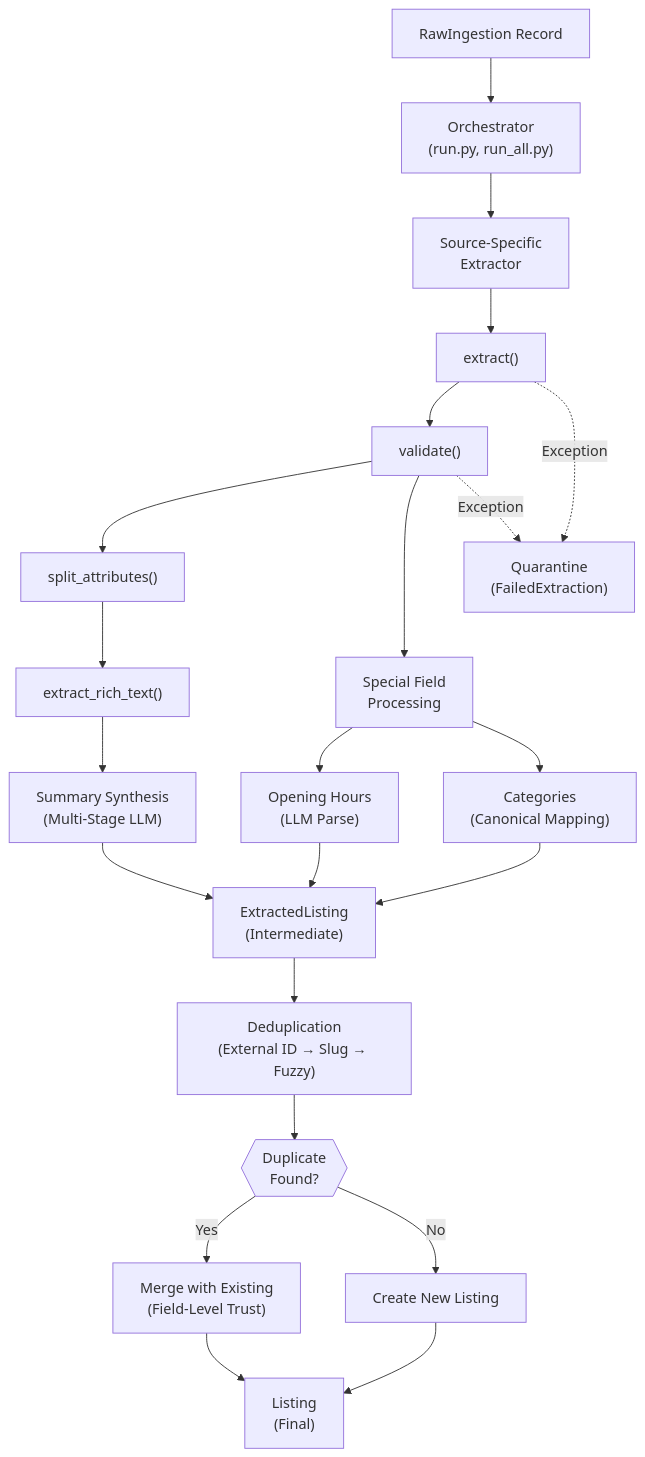
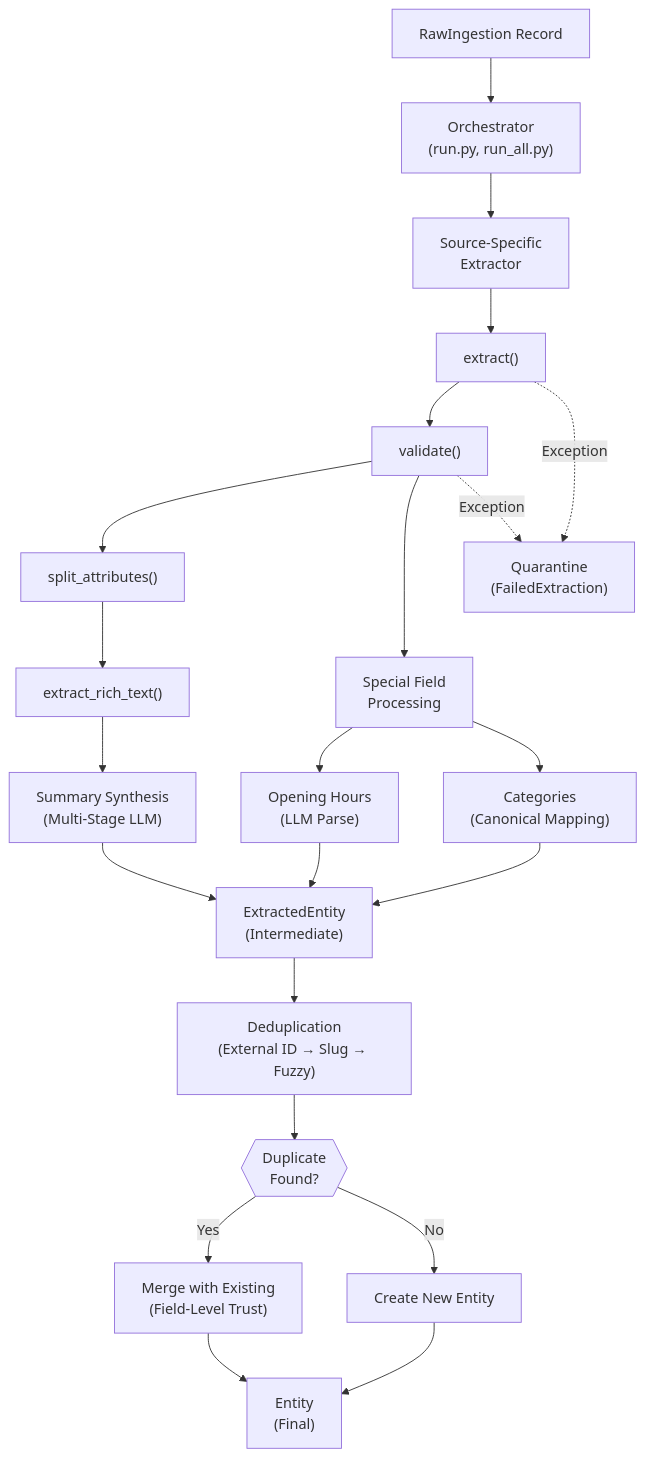
One commit to LarjGit/edinburgh-finds changed the second of 4 diagrams in ARCHITECTURE.md. Above: the diagram before and after it, drawn with Mermaid. The commit also changed other lines of this file and 1 other file, not shown here.

````diff
--- a/ARCHITECTURE.md
+++ b/ARCHITECTURE.md
@@ -549,59 +552,59 @@
 ```mermaid
 graph TD
     RawData["RawIngestion Record"]
 
     Dispatch["Orchestrator<br/>(run.py, run_all.py)"]
 
     Extractor["Source-Specific<br/>Extractor"]
     Extract["extract()"]
     Validate["validate()"]
     Split["split_attributes()"]
     RichText["extract_rich_text()"]
 
     SpecialFields["Special Field<br/>Processing"]
     OpeningHours["Opening Hours<br/>(LLM Parse)"]
     Categories["Categories<br/>(Canonical Mapping)"]
     Summaries["Summary Synthesis<br/>(Multi-Stage LLM)"]
 
-    Intermediate["ExtractedListing<br/>(Intermediate)"]
+    Intermediate["ExtractedEntity<br/>(Intermediate)"]
 
     Dedup["Deduplication<br/>(External ID → Slug → Fuzzy)"]
 
     Decision{{"Duplicate<br/>Found?"}}
 
     Merge["Merge with Existing<br/>(Field-Level Trust)"]
-    Create["Create New Listing"]
+    Create["Create New Entity"]
 
-    Final["Listing<br/>(Final)"]
+    Final["Entity<br/>(Final)"]
 
     Quarantine["Quarantine<br/>(FailedExtraction)"]
 
     RawData --> Dispatch
     Dispatch --> Extractor
     Extractor --> Extract
     Extract --> Validate
     Validate --> Split
     Split --> RichText
 
     Validate --> SpecialFields
     SpecialFields --> OpeningHours
     SpecialFields --> Categories
     RichText --> Summaries
 
     OpeningHours --> Intermediate
     Categories --> Intermediate
     Summaries --> Intermediate
 
     Intermediate --> Dedup
 
     Dedup --> Decision
 
     Decision -->|"Yes"| Merge
     Decision -->|"No"| Create
 
     Merge --> Final
     Create --> Final
 
     Extract -.->|"Exception"| Quarantine
     Validate -.->|"Exception"| Quarantine
 ```
````
